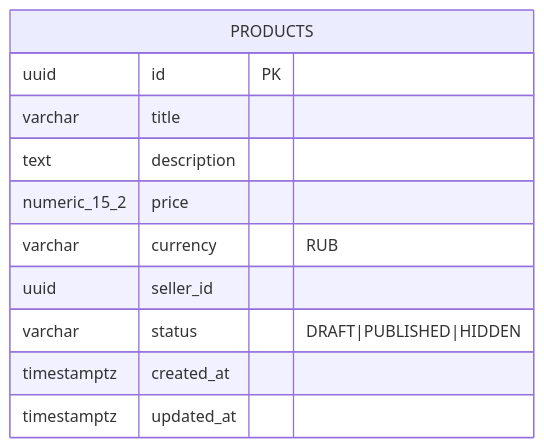
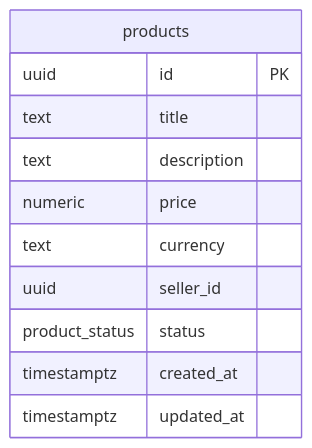
One commit to remodov/catalog changed the second of 2 diagrams in docs/spec/catalog-spec.md. Above: the diagram before and after it, drawn with Mermaid. The commit also changed other lines of this file and 6 other files, not shown here.

````diff
--- a/docs/spec/catalog-spec.md
+++ b/docs/spec/catalog-spec.md
@@ -246,14 +200,14 @@
 ```mermaid
 erDiagram
-    PRODUCTS {
+    products {
         uuid id PK
-        varchar title
+        text title
         text description
-        numeric_15_2 price
-        varchar currency "RUB"
+        numeric price
+        text currency
         uuid seller_id
-        varchar status "DRAFT|PUBLISHED|HIDDEN"
+        product_status status
         timestamptz created_at
         timestamptz updated_at
     }
 ```
````
